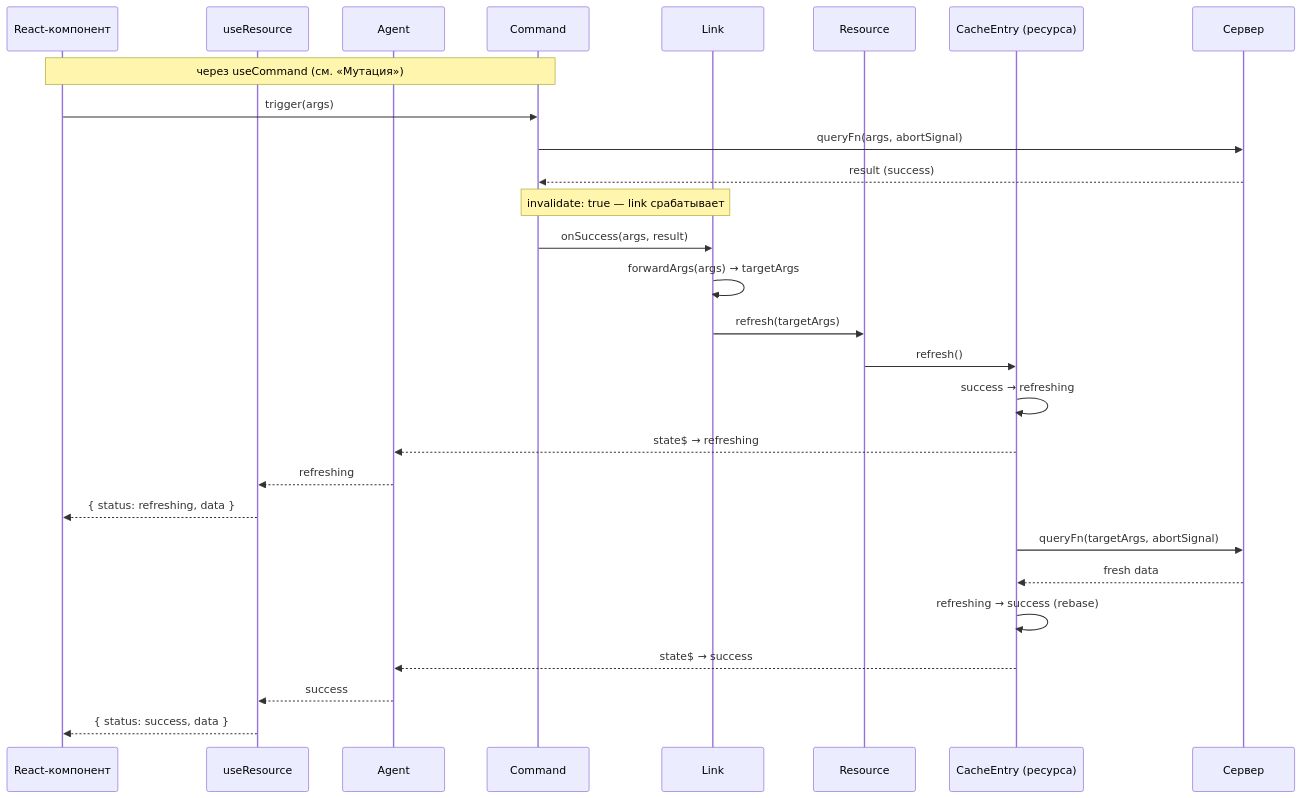
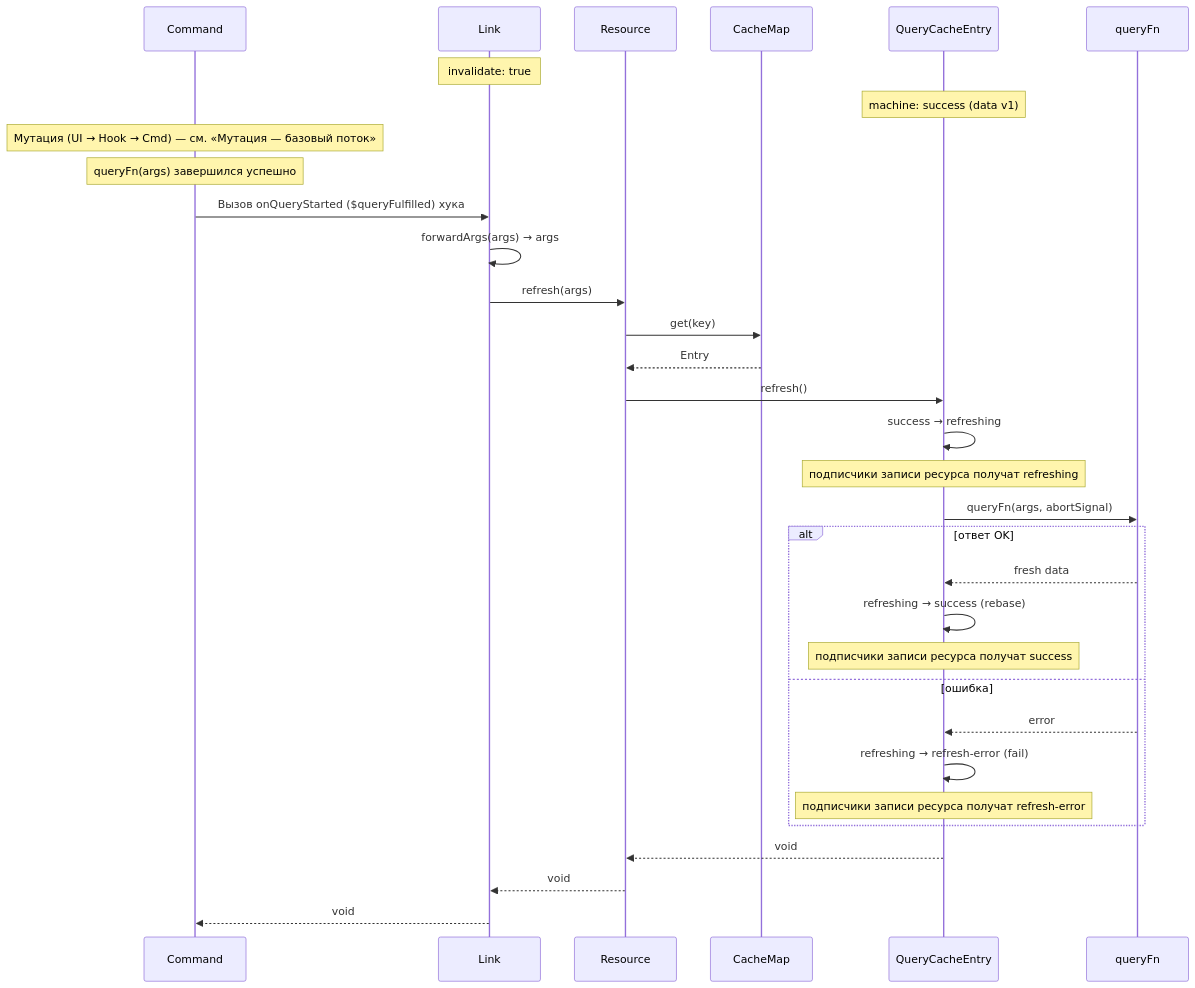
The eighth of 10 diagrams in docs/query/concepts/dataflows.md (fozy-labs/rx-toolkit), drawn with Mermaid before and after one commit. The commit also changed other lines of this file and 1 other file, not shown here.

````diff
--- a/docs/query/concepts/dataflows.md
+++ b/docs/query/concepts/dataflows.md
@@ -300,34 +278,43 @@
 ```mermaid
 sequenceDiagram
-    participant UI as React-компонент
-    participant Hook as useResource
-    participant Agent as Agent
     participant Cmd as Command
     participant Lnk as Link
     participant Res as Resource
-    participant Entry as CacheEntry (ресурса)
-    participant Srv as Сервер
+    participant Cache as CacheMap
+    participant Entry as QueryCacheEntry
+    participant Query as queryFn
+    
+    Note over Lnk: invalidate: true
 
-    Note over UI,Cmd: через useCommand (см. «Мутация»)
-    UI->>Cmd: trigger(args)
-    Cmd->>Srv: queryFn(args, abortSignal)
-    Srv-->>Cmd: result (success)
+    Note over Entry: machine: success (data v1)
 
-    Note over Cmd,Lnk: invalidate: true — link срабатывает
+    Note over Cmd: Мутация (UI → Hook → Cmd) — см. «Мутация — базовый поток»
+    Note over Cmd: queryFn(args) завершился успешно
 
-    Cmd->>Lnk: onSuccess(args, result)
-    Lnk->>Lnk: forwardArgs(args) → targetArgs
-    Lnk->>Res: refresh(targetArgs)
+
+    Cmd->>Lnk: Вызов onQueryStarted ($queryFulfilled) хука
+    Lnk->>Lnk: forwardArgs(args) → args
+    Lnk->>Res: refresh(args)
+    Res->>Cache: get(key)
+    Cache-->>Res: Entry
     Res->>Entry: refresh()
     Entry->>Entry: success → refreshing
-    Entry-->>Agent: state$ → refreshing
-    Agent-->>Hook: refreshing
-    Hook-->>UI: { status: refreshing, data }
 
-    Entry->>Srv: queryFn(targetArgs, abortSignal)
-    Srv-->>Entry: fresh data
-    Entry->>Entry: refreshing → success (rebase)
-    Entry-->>Agent: state$ → success
-    Agent-->>Hook: success
-    Hook-->>UI: { status: success, data }
+    Note over Entry: подписчики записи ресурса получат refreshing
+
+    Entry->>Query: queryFn(args, abortSignal)
+
+    alt ответ OK
+        Query-->>Entry: fresh data
+        Entry->>Entry: refreshing → success (rebase)
+        Note over Entry: подписчики записи ресурса получат success
+    else ошибка
+        Query-->>Entry: error
+        Entry->>Entry: refreshing → refresh-error (fail)
+        Note over Entry: подписчики записи ресурса получат refresh-error
+    end
+    
+    Entry-->>Res: void
+    Res-->>Lnk: void
+    Lnk-->>Cmd: void
 ```
````
